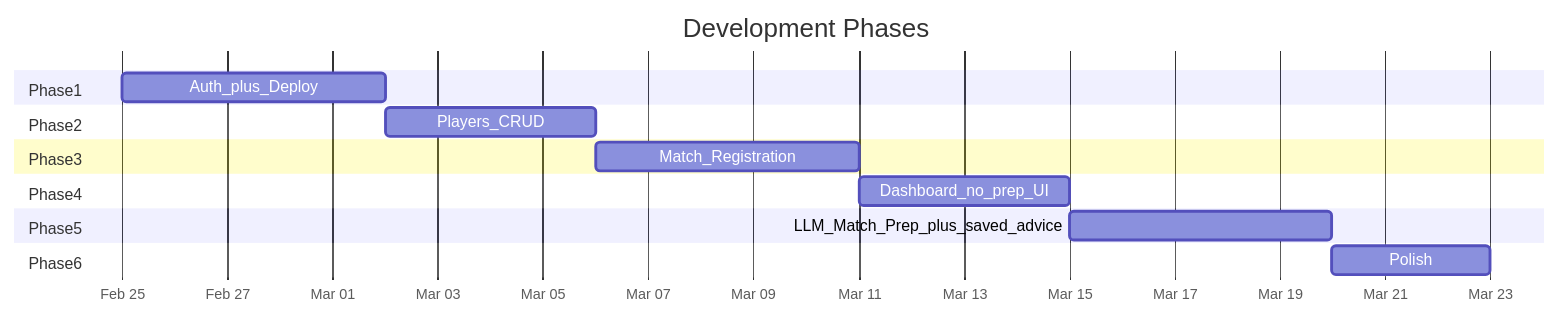
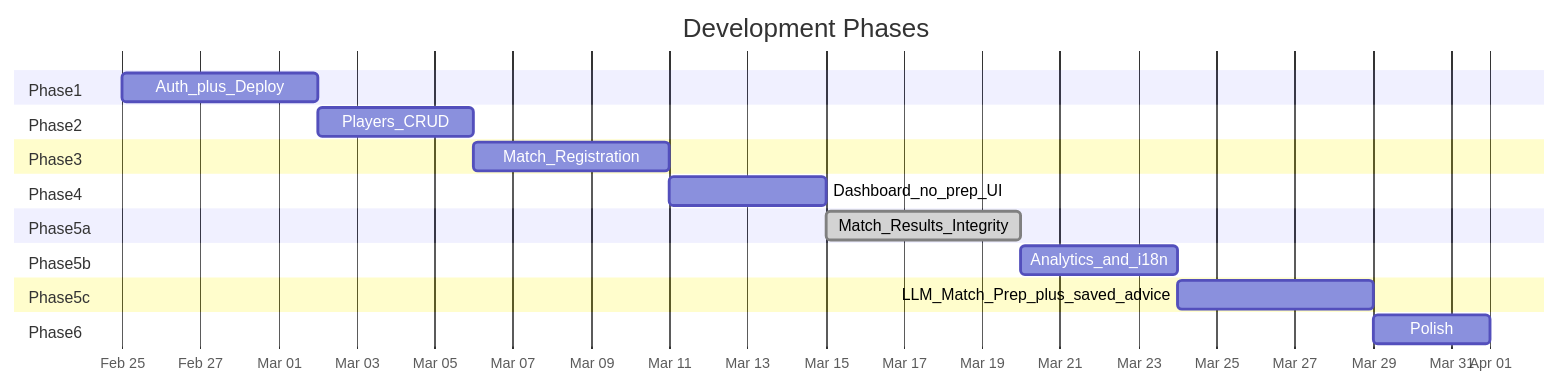
Before and after one commit to diegovallejoszan/tennis-match-tracker: the third of 3 diagrams in docs/DEVELOPMENT_PLAN.md, drawn with Mermaid. The commit also changed other lines of this file and 19 other files, not shown here.

First line of the commit message:
feat(dashboard): Phase 5b analytics and i18n foundation

````diff
--- a/docs/DEVELOPMENT_PLAN.md
+++ b/docs/DEVELOPMENT_PLAN.md
@@ -304,24 +398,30 @@
 ```mermaid
 gantt
   title Development Phases
   dateFormat YYYY-MM-DD
   axisFormat %b %d
 
   section Phase1
   Auth_plus_Deploy :p1, 2026-02-25, 5d
 
   section Phase2
   Players_CRUD :p2, after p1, 4d
 
   section Phase3
   Match_Registration :p3, after p2, 5d
 
   section Phase4
   Dashboard_no_prep_UI :p4, after p3, 4d
 
-  section Phase5
-  LLM_Match_Prep_plus_saved_advice :p5, after p4, 5d
+  section Phase5a
+  Match_Results_Integrity :done, p5a, after p4, 5d
+
+  section Phase5b
+  Analytics_and_i18n :p5b, after p5a, 4d
+
+  section Phase5c
+  LLM_Match_Prep_plus_saved_advice :p5c, after p5b, 5d
 
   section Phase6
-  Polish :p6, after p5, 3d
+  Polish :p6, after p5c, 3d
 ```
````
